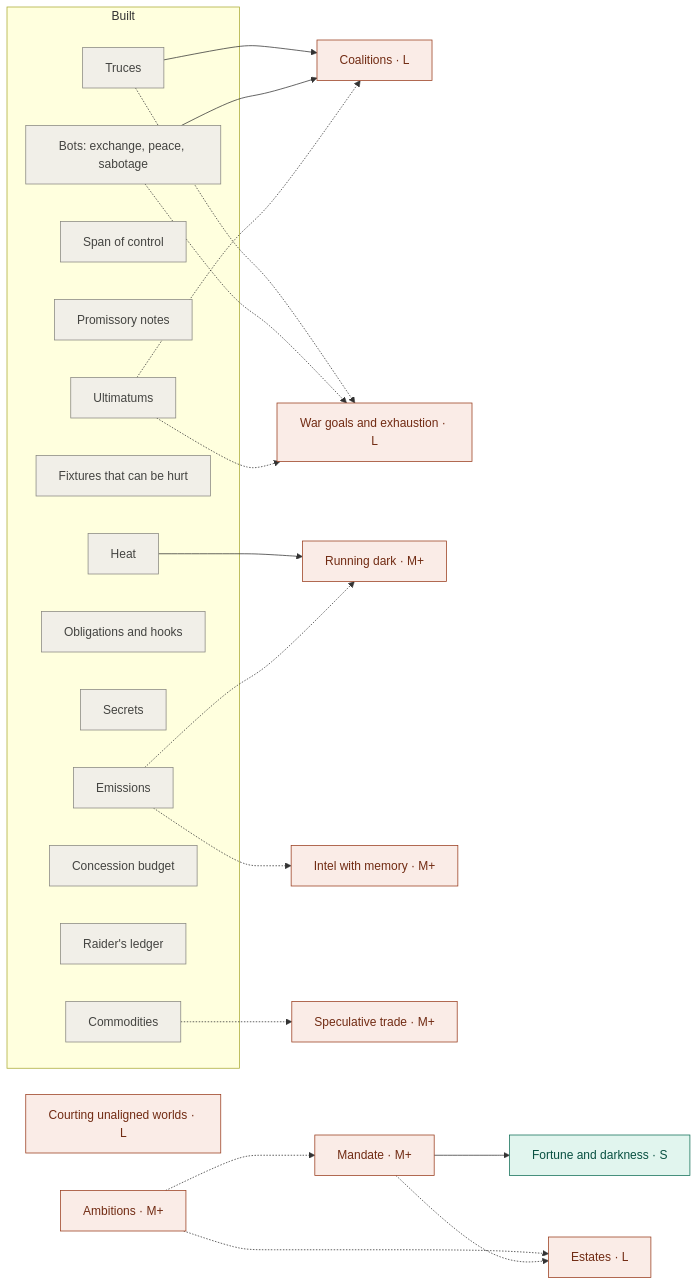
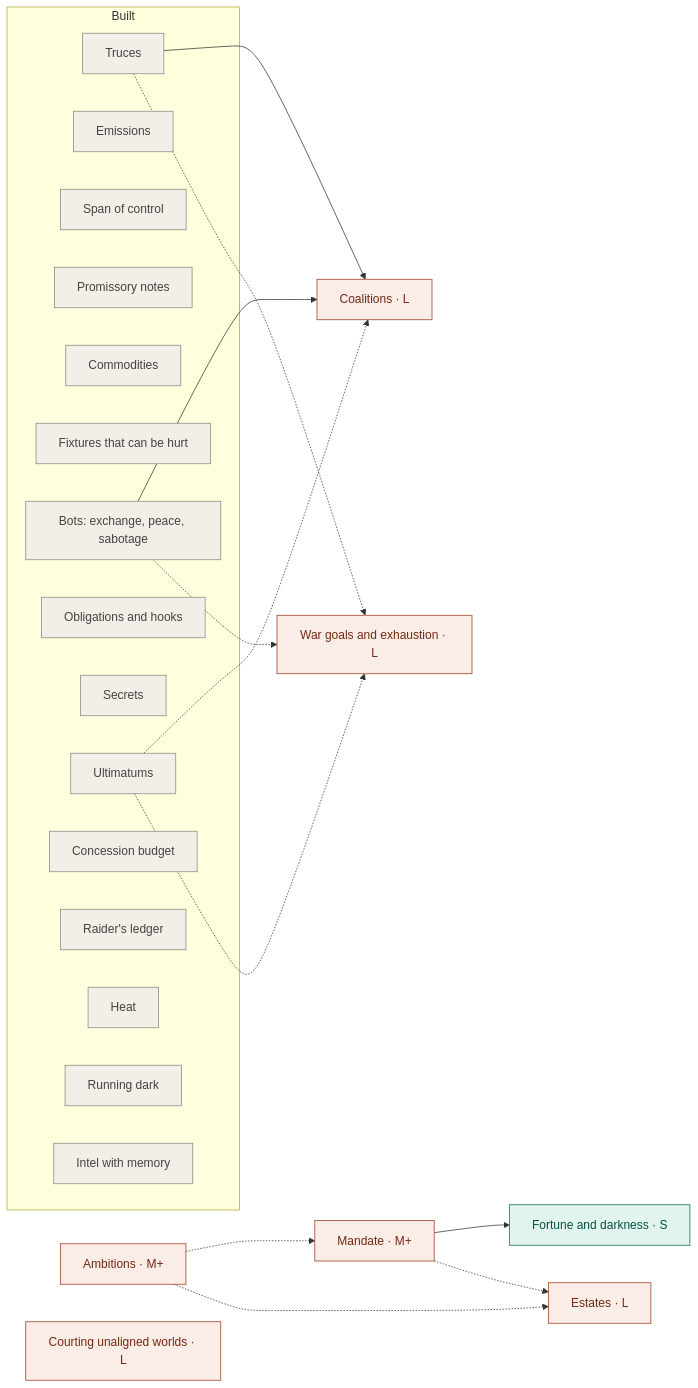
One commit to 1adityashetty1/paxgalactica changed the diagram in docs/brainstorm-2026-10-02.md. Above: the diagram before and after it, drawn with Mermaid. The commit also changed other lines of this file and 1 other file, not shown here.

First line of the commit message:
Drop speculative trade, and redraw the build graph

````diff
--- a/docs/brainstorm-2026-10-02.md
+++ b/docs/brainstorm-2026-10-02.md
@@ -619,37 +624,35 @@
 ```mermaid
 flowchart LR
   classDef light fill:#E1F5EE,stroke:#0F6E56,color:#085041
   classDef heavy fill:#FAECE7,stroke:#993C1D,color:#712B13
   classDef done fill:#F1EFE8,stroke:#888780,color:#444441
 
   subgraph built["Built"]
     truces["Truces"]:::done
     emissions["Emissions"]:::done
     span["Span of control"]:::done
     notes["Promissory notes"]:::done
     commodities["Commodities"]:::done
     fixtures["Fixtures that can be hurt"]:::done
     accords["Bots: exchange, peace, sabotage"]:::done
     obligations["Obligations and hooks"]:::done
     secrets["Secrets"]:::done
     ultimatums["Ultimatums"]:::done
     concession["Concession budget"]:::done
     ledger["Raider's ledger"]:::done
     heat["Heat"]:::done
+    dark["Running dark"]:::done
+    intel["Intel with memory"]:::done
   end
 
   truces --> coalitions["Coalitions · L"]:::heavy
   accords --> coalitions
   ultimatums -.-> coalitions
   truces -.-> wargoals["War goals and exhaustion · L"]:::heavy
   accords -.-> wargoals
   ultimatums -.-> wargoals
-  heat --> dark["Running dark · M+"]:::heavy
-  emissions -.-> dark
-  emissions -.-> intel["Intel with memory · M+"]:::heavy
-  commodities -.-> spec["Speculative trade · M+"]:::heavy
   ambitions["Ambitions · M+"]:::heavy -.-> mandate["Mandate · M+"]:::heavy --> fortune["Fortune and darkness · S"]:::light
   ambitions -.-> estates["Estates · L"]:::heavy
   mandate -.-> estates
   courting["Courting unaligned worlds · L"]:::heavy
 ```
````
